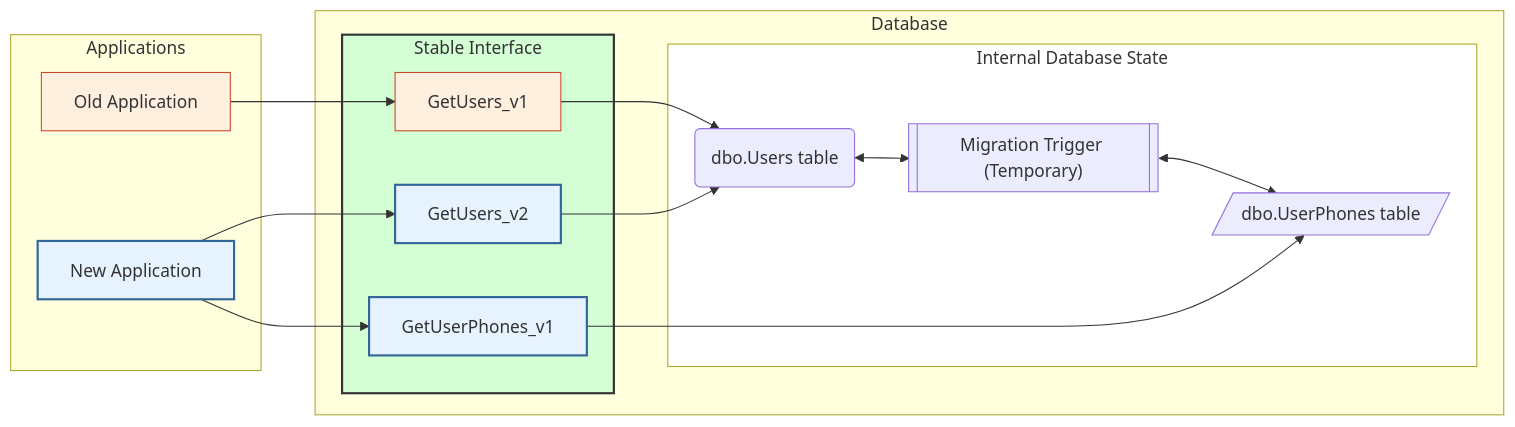
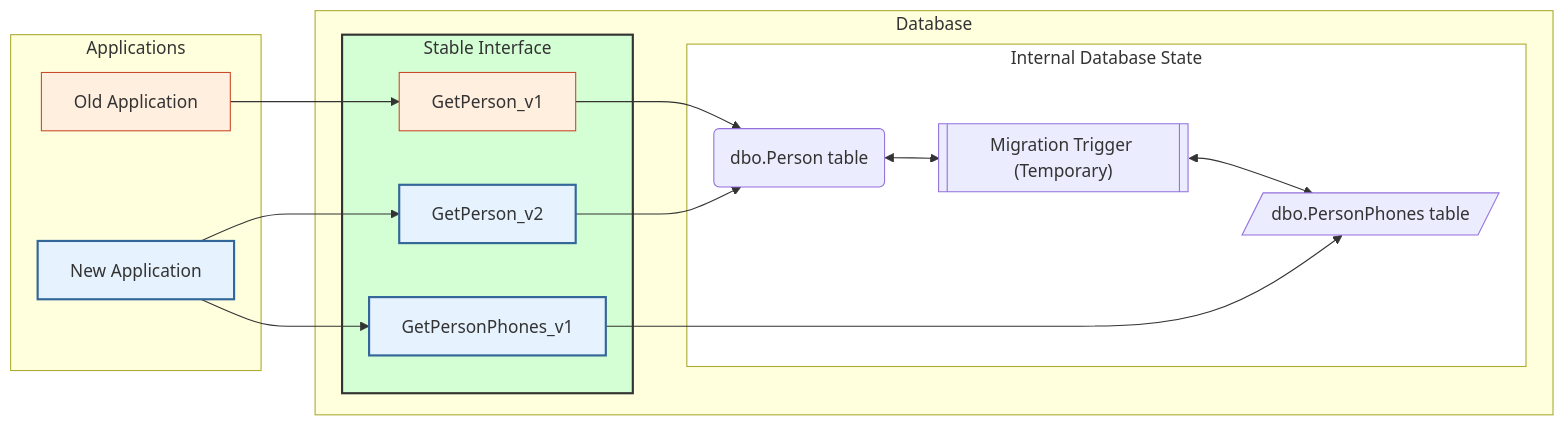
Before and after one commit to zacoders/DbLive: the diagram in docs/examples/table-split.md, drawn with Mermaid. The commit also changed other lines of this file and 15 other files, not shown here.

````diff
--- a/docs/examples/table-split.md
+++ b/docs/examples/table-split.md
@@ -24,38 +22,38 @@
 ```mermaid
 flowchart LR
     classDef class_Red   fill:#ffefdf,stroke:#c94a29
     classDef class_Green fill:#d4ffd4,stroke:#333,stroke-width:2px
     classDef class_Blue  fill:#e6f3ff,stroke:#336699,stroke-width:2px
     classDef class_White fill:#ffffff
 
     subgraph APPs [Applications]
         OldApp[Old Application]:::class_Red
         NewApp[New Application]:::class_Blue
     end
 
     subgraph DBService [Database]
         subgraph Interface [Stable Interface]
-            GetUsers1["GetUsers_v1"]:::class_Red
-            GetUsers2[GetUsers_v2]:::class_Blue
-            GetUserPhones[GetUserPhones_v1]:::class_Blue
+            GetPerson1["GetPerson_v1"]:::class_Red
+            GetPerson2[GetPerson_v2]:::class_Blue
+            GetPersonPhones[GetPersonPhones_v1]:::class_Blue
         end
         class Interface class_Green
 
         subgraph Internals [Internal Database State]
-            UsersTable("dbo.Users table")
+            PersonTable("dbo.Person table")
             Trigger[["Migration Trigger (Temporary)"]]
-            UserPhonesTable[/"dbo.UserPhones table"/]
-            UsersTable <--> Trigger
-            Trigger <--> UserPhonesTable
+            PersonPhonesTable[/"dbo.PersonPhones table"/]
+            PersonTable <--> Trigger
+            Trigger <--> PersonPhonesTable
         end
         class Internals class_White
 
-        GetUsers1 --> UsersTable
-        GetUsers2 --> UsersTable
-        GetUserPhones --> UserPhonesTable
+        GetPerson1 --> PersonTable
+        GetPerson2 --> PersonTable
+        GetPersonPhones --> PersonPhonesTable
     end
 
-    OldApp --> GetUsers1
-    NewApp --> GetUsers2
-    NewApp --> GetUserPhones
+    OldApp --> GetPerson1
+    NewApp --> GetPerson2
+    NewApp --> GetPersonPhones
 ```
````
